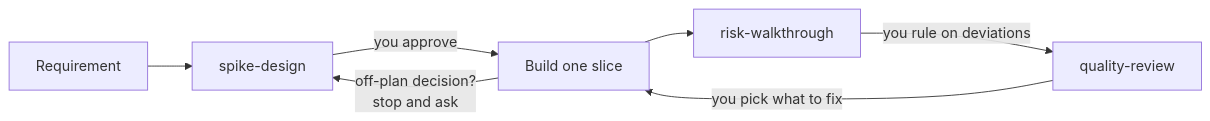
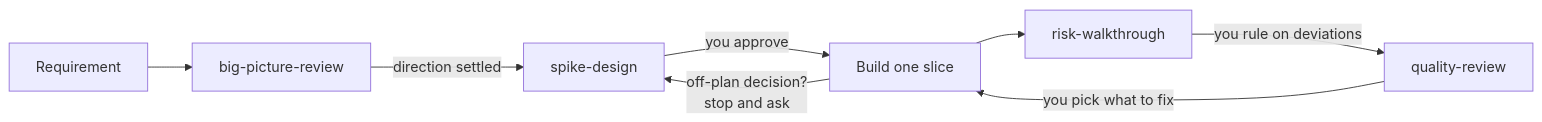
One commit to Gamehu/reins-en changed the diagram in README.md. Above: the diagram before and after it, drawn with Mermaid. The commit also changed other lines of this file and 2 other files, not shown here.

First line of the commit message:
feat: add big-picture-review skill

````diff
--- a/README.md
+++ b/README.md
@@ -120,9 +132,10 @@
 ```mermaid
 flowchart LR
-  R["Requirement"] --> P["spike-design"]
+  R["Requirement"] --> G["big-picture-review"]
+  G -- "direction settled" --> P["spike-design"]
   P -- "you approve" --> B["Build one slice"]
   B -- "off-plan decision?<br/>stop and ask" --> P
   B --> W["risk-walkthrough"]
   W -- "you rule on deviations" --> Q["quality-review"]
   Q -- "you pick what to fix" --> B
 ```
````
